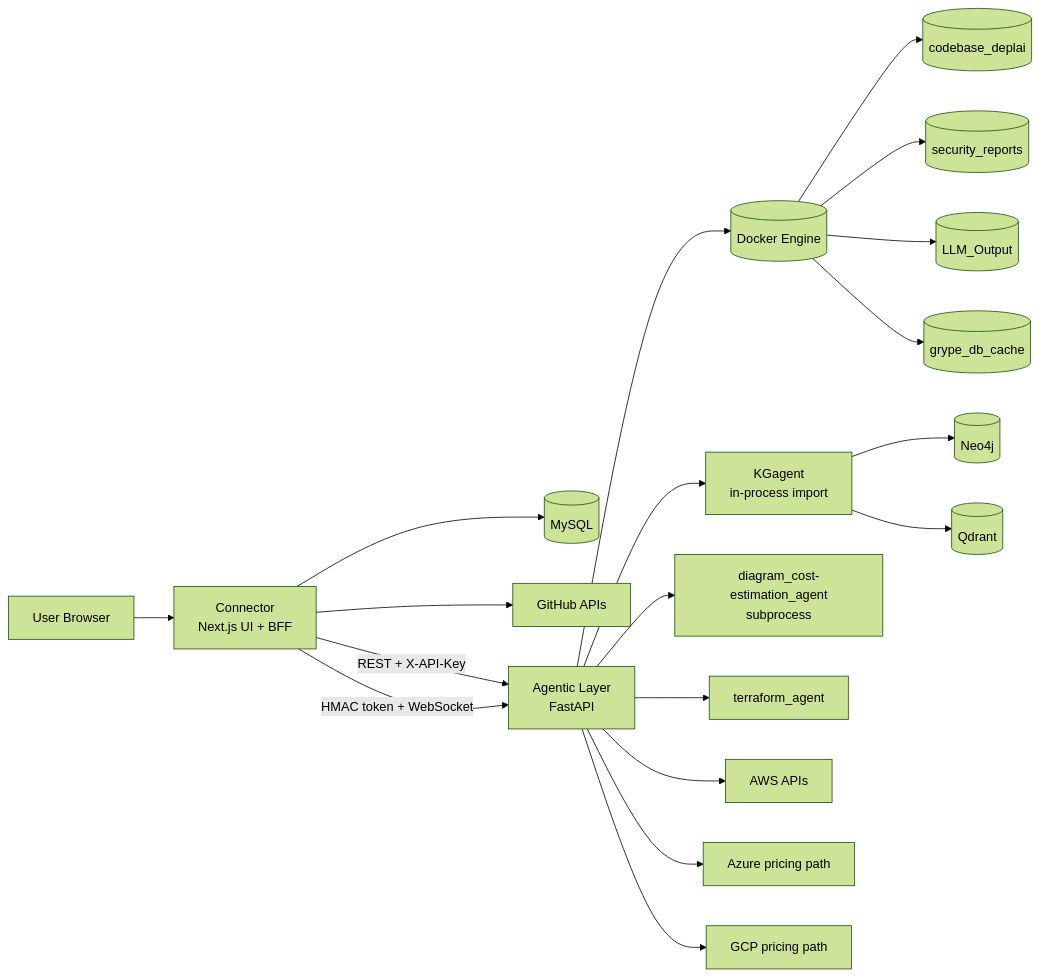
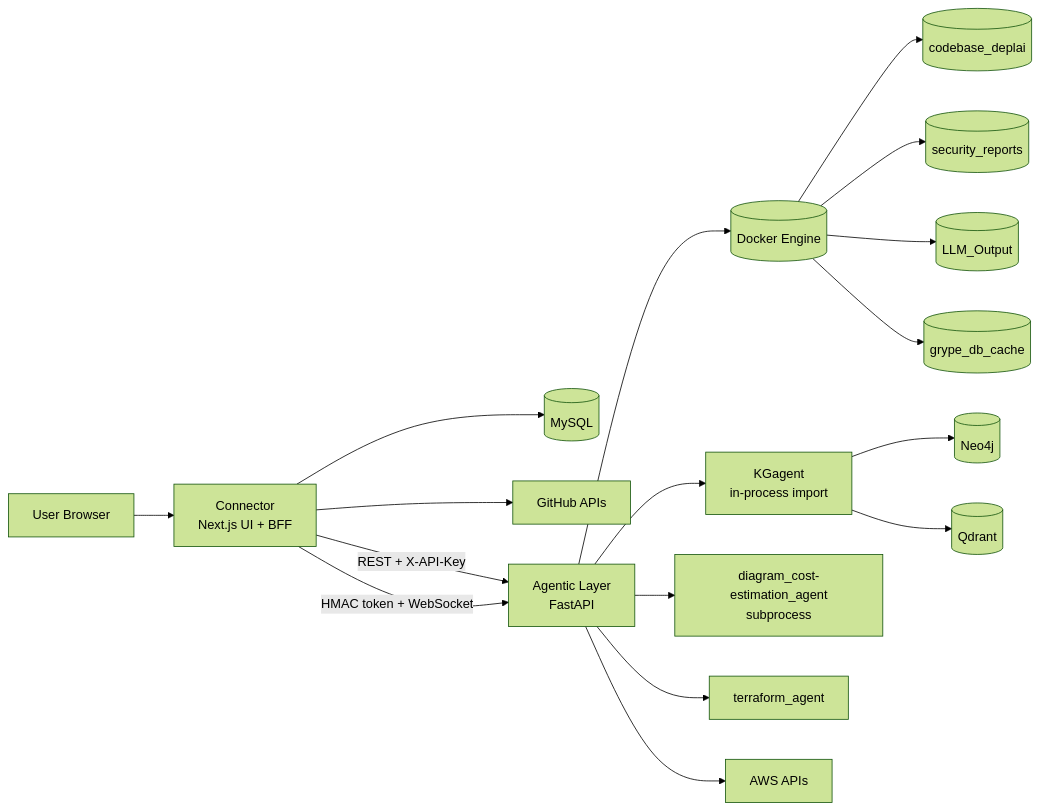
Before and after one commit to adityajayashankar/Deplai: the first of 4 diagrams in ARCHITECTURE.md, drawn with Mermaid (forest theme). The commit also changed other lines of this file and 2 other files, not shown here.

````diff
--- a/ARCHITECTURE.md
+++ b/ARCHITECTURE.md
@@ -26,25 +26,23 @@
 ```mermaid
 flowchart LR
     User[User Browser] --> Connector[Connector<br/>Next.js UI + BFF]
     Connector --> MySQL[(MySQL)]
     Connector --> GitHub[GitHub APIs]
 
     Connector -->|REST + X-API-Key| Agentic[Agentic Layer<br/>FastAPI]
     Connector -->|HMAC token + WebSocket| Agentic
 
     Agentic --> Docker[(Docker Engine)]
     Docker --> Code[(codebase_deplai)]
     Docker --> Reports[(security_reports)]
     Docker --> Output[(LLM_Output)]
     Docker --> Grype[(grype_db_cache)]
 
     Agentic --> KG[KGagent<br/>in-process import]
     KG --> Neo4j[(Neo4j)]
     KG --> Qdrant[(Qdrant)]
 
     Agentic --> Stage7[diagram_cost-estimation_agent<br/>subprocess]
     Agentic --> Terraform[terraform_agent]
     Agentic --> AWS[AWS APIs]
-    Agentic --> Azure[Azure pricing path]
-    Agentic --> GCP[GCP pricing path]
 ```
````
